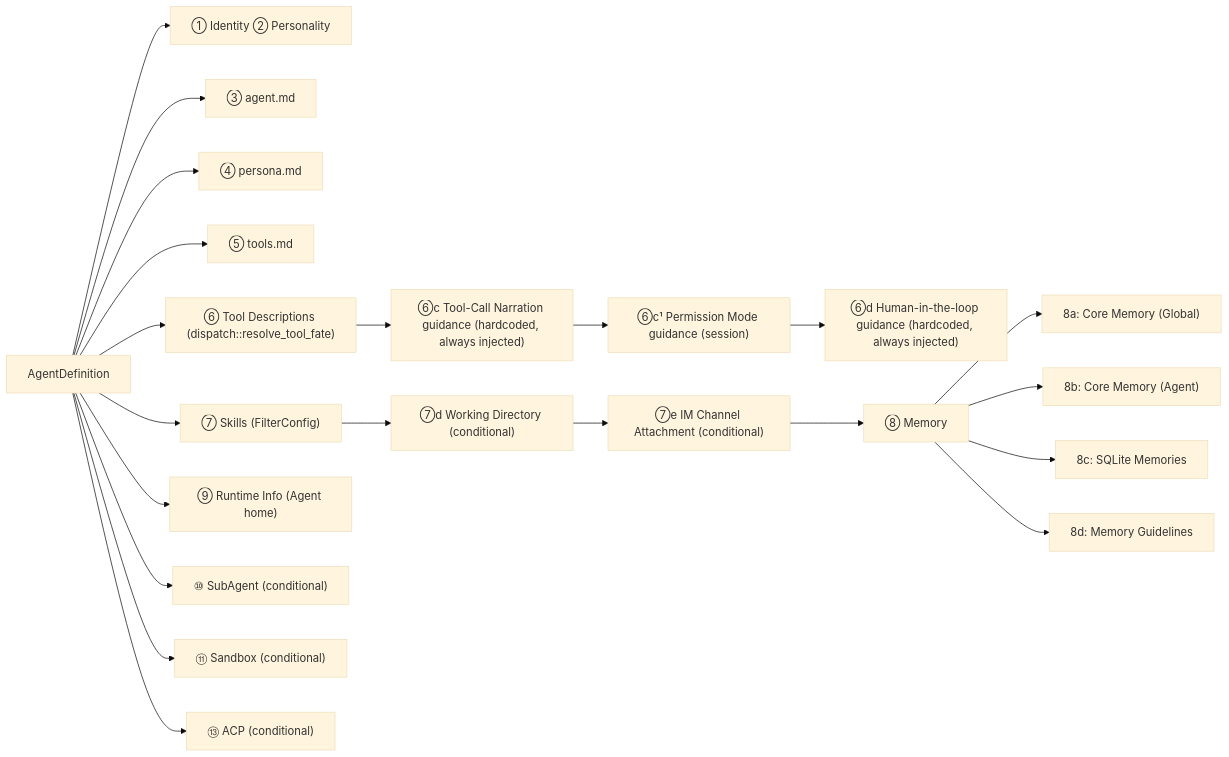
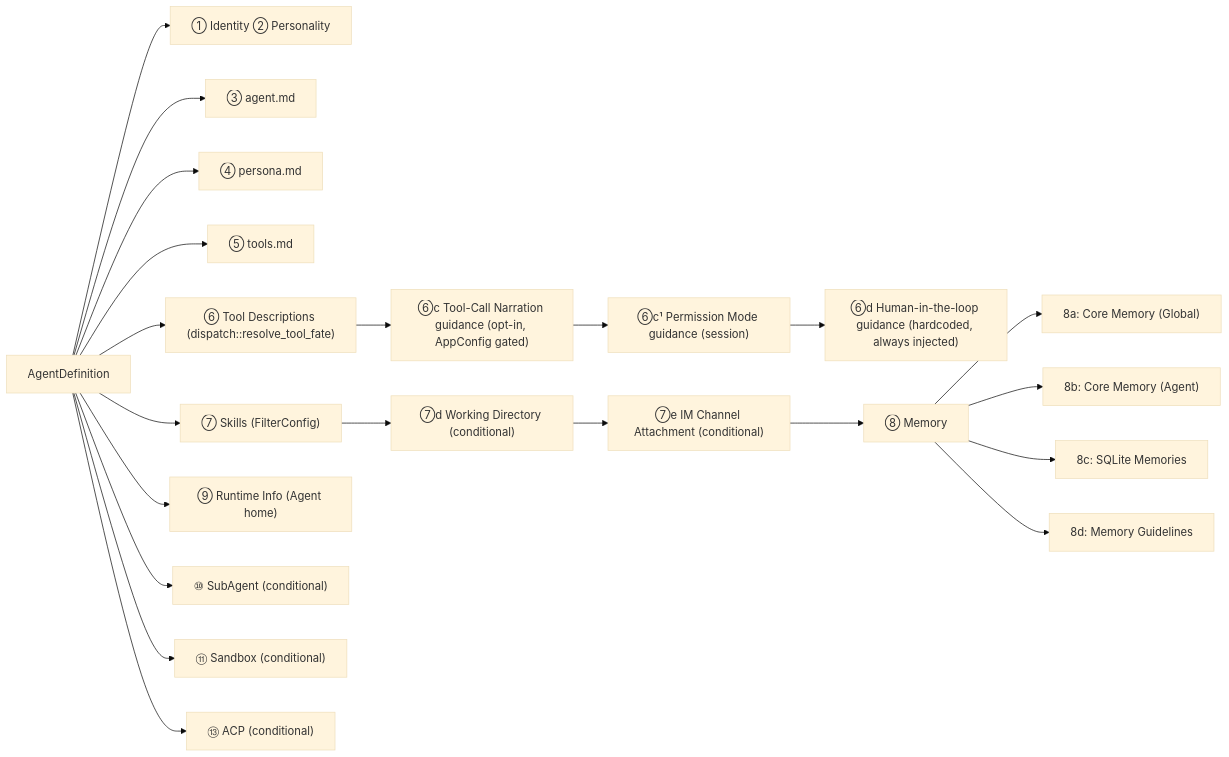
One commit to gabrielmoreira/agent-skills-mirror changed the third of 3 diagrams in mirrors/repos/shiwenwen@hope-agent/docs/architecture/prompt-system.md. Above: the diagram before and after it, drawn with Mermaid (base theme). The commit also changed other lines of this file and 1948 other files, not shown here.

````diff
--- a/mirrors/repos/shiwenwen@hope-agent/docs/architecture/prompt-system.md
+++ b/mirrors/repos/shiwenwen@hope-agent/docs/architecture/prompt-system.md
@@ -90,24 +90,24 @@
 ```mermaid
 graph LR
     AD["AgentDefinition"] --> S1["① Identity ② Personality"]
     AD --> S3["③ agent.md"]
     AD --> S4["④ persona.md"]
     AD --> S5["⑤ tools.md"]
     AD --> S6["⑥ Tool Descriptions (dispatch::resolve_tool_fate)"]
-    S6 --> S6b["⑥c Tool-Call Narration guidance (hardcoded, always injected)"]
+    S6 --> S6b["⑥c Tool-Call Narration guidance (opt-in, AppConfig gated)"]
     S6b --> S6c["⑥c¹ Permission Mode guidance (session)"]
     S6c --> S6d["⑥d Human-in-the-loop guidance (hardcoded, always injected)"]
     AD --> S7["⑦ Skills (FilterConfig)"]
     S7 --> S7d["⑦d Working Directory (conditional)"]
     S7d --> S7e["⑦e IM Channel Attachment (conditional)"]
     S7e --> S8["⑧ Memory"]
     S8 --> S8a["8a: Core Memory (Global)"]
     S8 --> S8b["8b: Core Memory (Agent)"]
     S8 --> S8c["8c: SQLite Memories"]
     S8 --> S8d["8d: Memory Guidelines"]
     AD --> S9["⑨ Runtime Info (Agent home)"]
     AD --> S10["⑩ SubAgent (conditional)"]
     AD --> S11["⑪ Sandbox (conditional)"]
     AD --> S13["⑬ ACP (conditional)"]
 
 ```
````
